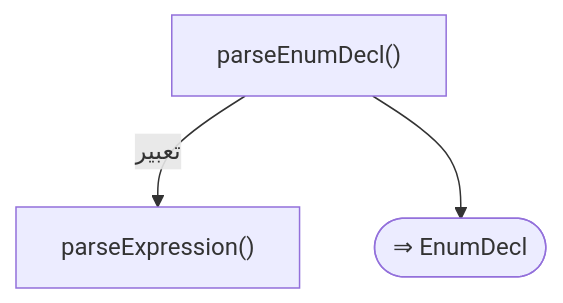
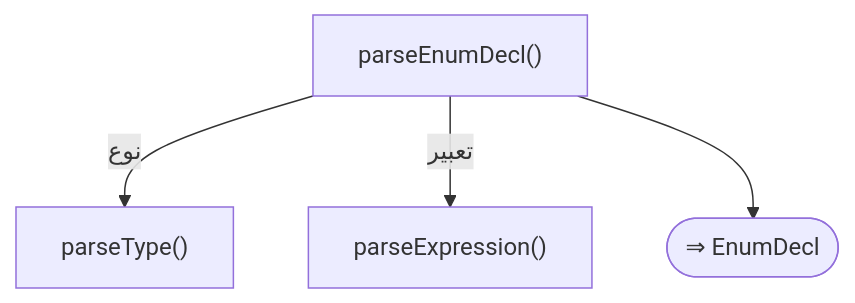
Before and after one commit to sadlang/sadlang: the fourth of 33 diagrams in docs/parser_rule/_generated/30_oop.md, drawn with Mermaid. The commit also changed other lines of this file and 15 other files, not shown here.

````diff
--- a/docs/parser_rule/_generated/30_oop.md
+++ b/docs/parser_rule/_generated/30_oop.md
@@ -205,8 +205,10 @@
 ```mermaid
 flowchart TD
   f1["parseEnumDecl()"]
-  f2["parseExpression()"]
-  f1 -- "تعبير" --> f2
-  f3(["⇒ EnumDecl"])
-  f1 --> f3
+  f2["parseType()"]
+  f1 -- "نوع" --> f2
+  f3["parseExpression()"]
+  f1 -- "تعبير" --> f3
+  f4(["⇒ EnumDecl"])
+  f1 --> f4
 ```
````
